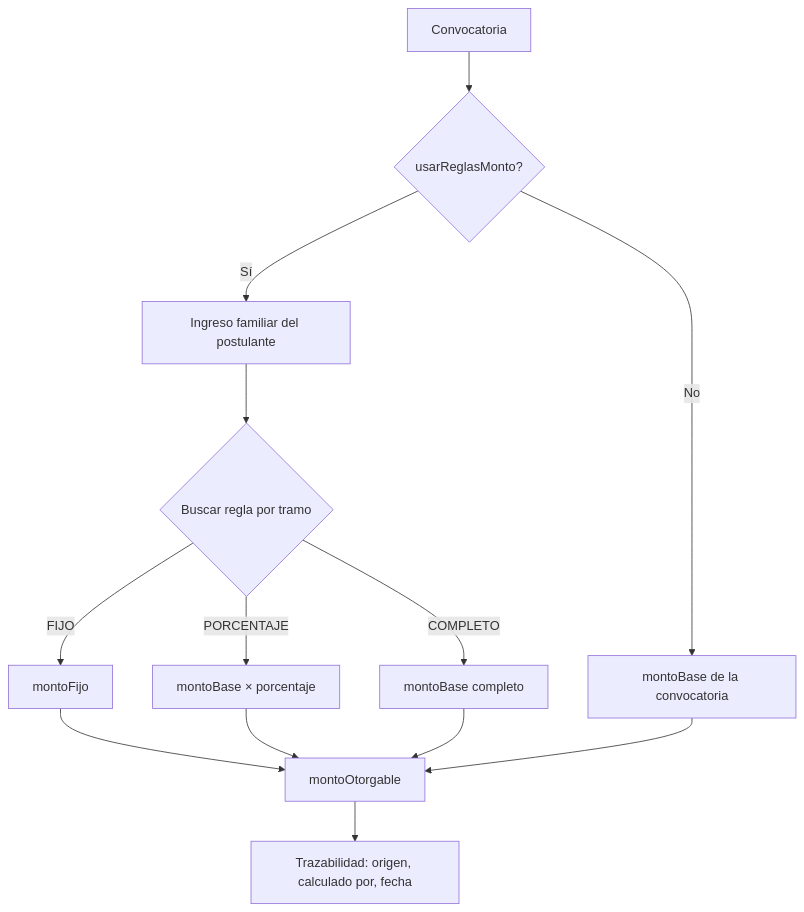
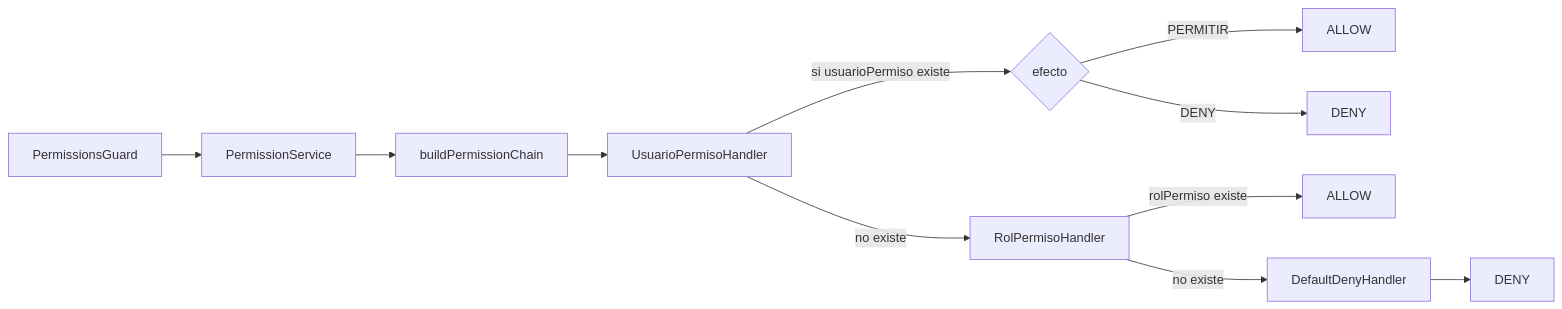
The seventh of 19 diagrams in docs/architecture/diagrams.md (Deividcodv/proyecto-analisis-Eduviagt), drawn with Mermaid before and after one commit. The commit also changed other lines of this file and 39 other files, not shown here.

````diff
--- a/docs/architecture/diagrams.md
+++ b/docs/architecture/diagrams.md
@@ -175,15 +161,13 @@
 ```mermaid
-flowchart TD
-    A[Convocatoria] --> B{usarReglasMonto?}
-    B -->|No| C[montoBase de la convocatoria]
-    B -->|Sí| D[Ingreso familiar del postulante]
-    D --> E{Buscar regla por tramo}
-    E -->|FIJO| F[montoFijo]
-    E -->|PORCENTAJE| G[montoBase × porcentaje]
-    E -->|COMPLETO| H[montoBase completo]
-    F --> I[montoOtorgable]
-    G --> I
-    H --> I
-    C --> I
-    I --> J[Trazabilidad: origen, calculado por, fecha]
+graph LR
+  G[PermissionsGuard] --> PS[PermissionService]
+  PS --> CH[buildPermissionChain]
+  CH --> UH[UsuarioPermisoHandler]
+  UH -->|si usuarioPermiso existe| DEC{efecto}
+  DEC -->|PERMITIR| ALLOW[ALLOW]
+  DEC -->|DENY| DENY[DENY]
+  UH -->|no existe| RH[RolPermisoHandler]
+  RH -->|rolPermiso existe| ALLOW2[ALLOW]
+  RH -->|no existe| DD[DefaultDenyHandler]
+  DD --> DENY2[DENY]
 ```
````
